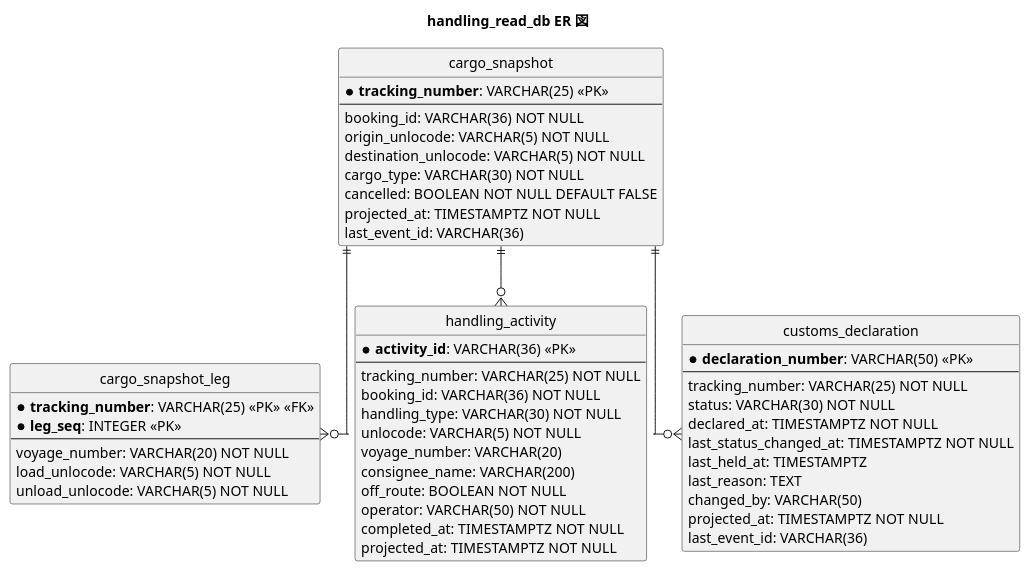
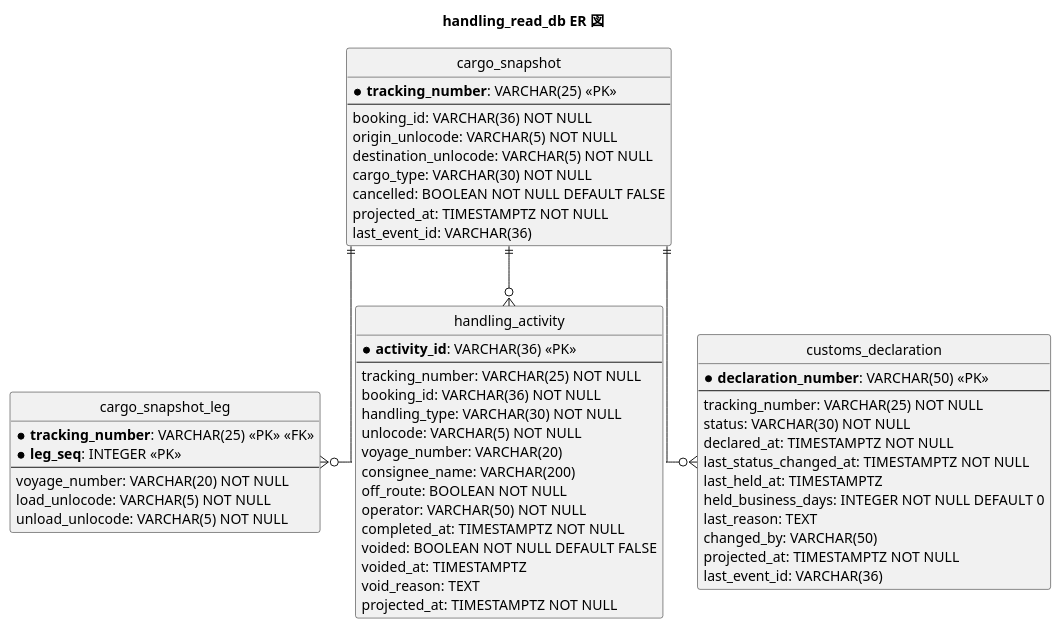
The seventh of 9 diagrams in docs/design/cargo-tracker/data-model.md (k2works/case-study-cargo-tracker), drawn with PlantUML before and after one commit. The commit also changed other lines of this file and 18 other files, not shown here.

````diff
--- a/docs/design/cargo-tracker/data-model.md
+++ b/docs/design/cargo-tracker/data-model.md
@@ -512,62 +519,66 @@
 ```plantuml
 @startuml
 title handling_read_db ER 図
 
 hide circle
 skinparam linetype ortho
 
 entity "cargo_snapshot" as cs {
   * **tracking_number**: VARCHAR(25) <<PK>>
   --
   booking_id: VARCHAR(36) NOT NULL
   origin_unlocode: VARCHAR(5) NOT NULL
   destination_unlocode: VARCHAR(5) NOT NULL
   cargo_type: VARCHAR(30) NOT NULL
   cancelled: BOOLEAN NOT NULL DEFAULT FALSE
   projected_at: TIMESTAMPTZ NOT NULL
   last_event_id: VARCHAR(36)
 }
 
 entity "cargo_snapshot_leg" as csl {
   * **tracking_number**: VARCHAR(25) <<PK>> <<FK>>
   * **leg_seq**: INTEGER <<PK>>
   --
   voyage_number: VARCHAR(20) NOT NULL
   load_unlocode: VARCHAR(5) NOT NULL
   unload_unlocode: VARCHAR(5) NOT NULL
 }
 
 entity "handling_activity" as ha {
   * **activity_id**: VARCHAR(36) <<PK>>
   --
   tracking_number: VARCHAR(25) NOT NULL
   booking_id: VARCHAR(36) NOT NULL
   handling_type: VARCHAR(30) NOT NULL
   unlocode: VARCHAR(5) NOT NULL
   voyage_number: VARCHAR(20)
   consignee_name: VARCHAR(200)
   off_route: BOOLEAN NOT NULL
   operator: VARCHAR(50) NOT NULL
   completed_at: TIMESTAMPTZ NOT NULL
+  voided: BOOLEAN NOT NULL DEFAULT FALSE
+  voided_at: TIMESTAMPTZ
+  void_reason: TEXT
   projected_at: TIMESTAMPTZ NOT NULL
 }
 
 entity "customs_declaration" as cd {
   * **declaration_number**: VARCHAR(50) <<PK>>
   --
   tracking_number: VARCHAR(25) NOT NULL
   status: VARCHAR(30) NOT NULL
   declared_at: TIMESTAMPTZ NOT NULL
   last_status_changed_at: TIMESTAMPTZ NOT NULL
   last_held_at: TIMESTAMPTZ
+  held_business_days: INTEGER NOT NULL DEFAULT 0
   last_reason: TEXT
   changed_by: VARCHAR(50)
   projected_at: TIMESTAMPTZ NOT NULL
   last_event_id: VARCHAR(36)
 }
 
 cs ||--o{ csl
 cs ||--o{ ha
 cs ||--o{ cd
 @enduml
 ```
````
